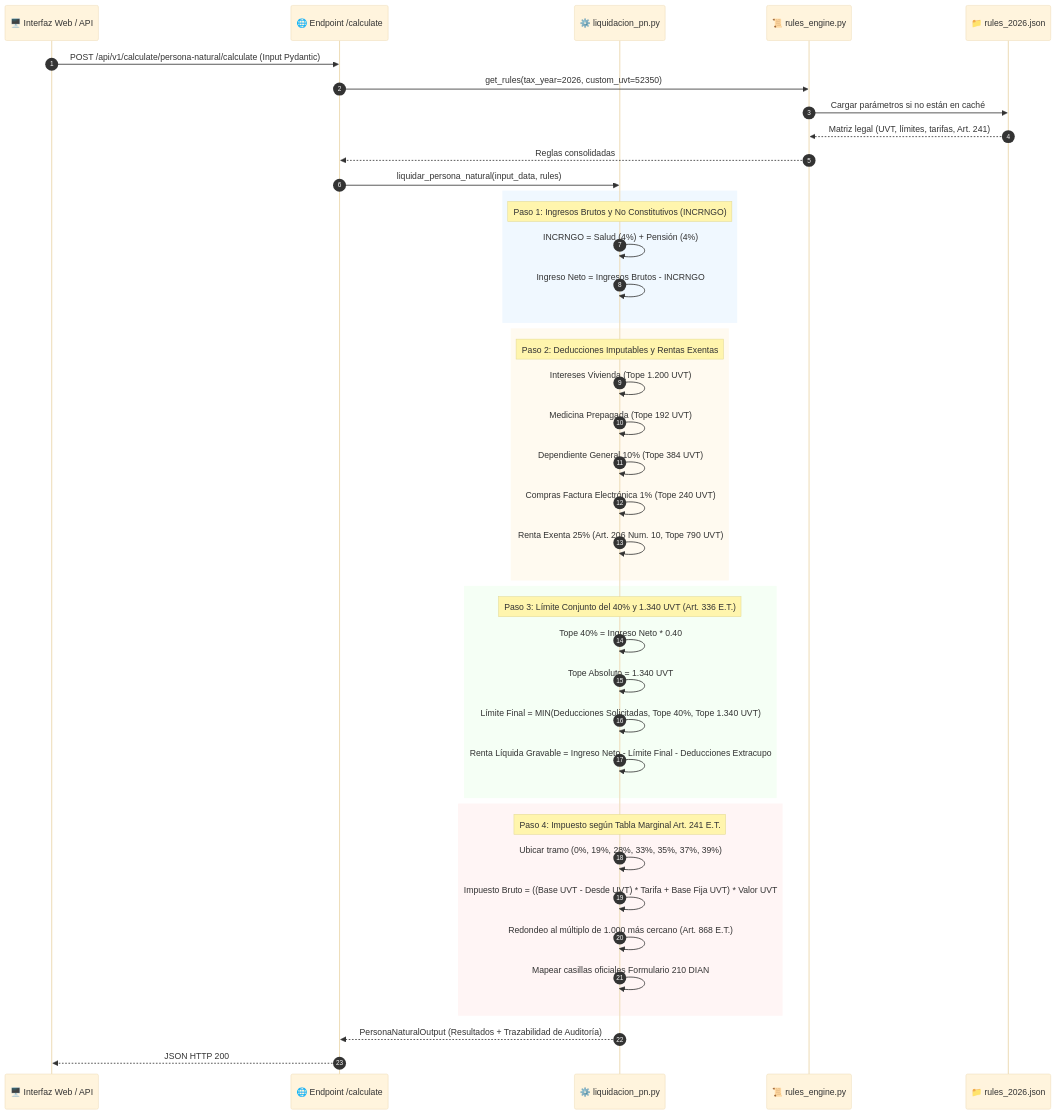
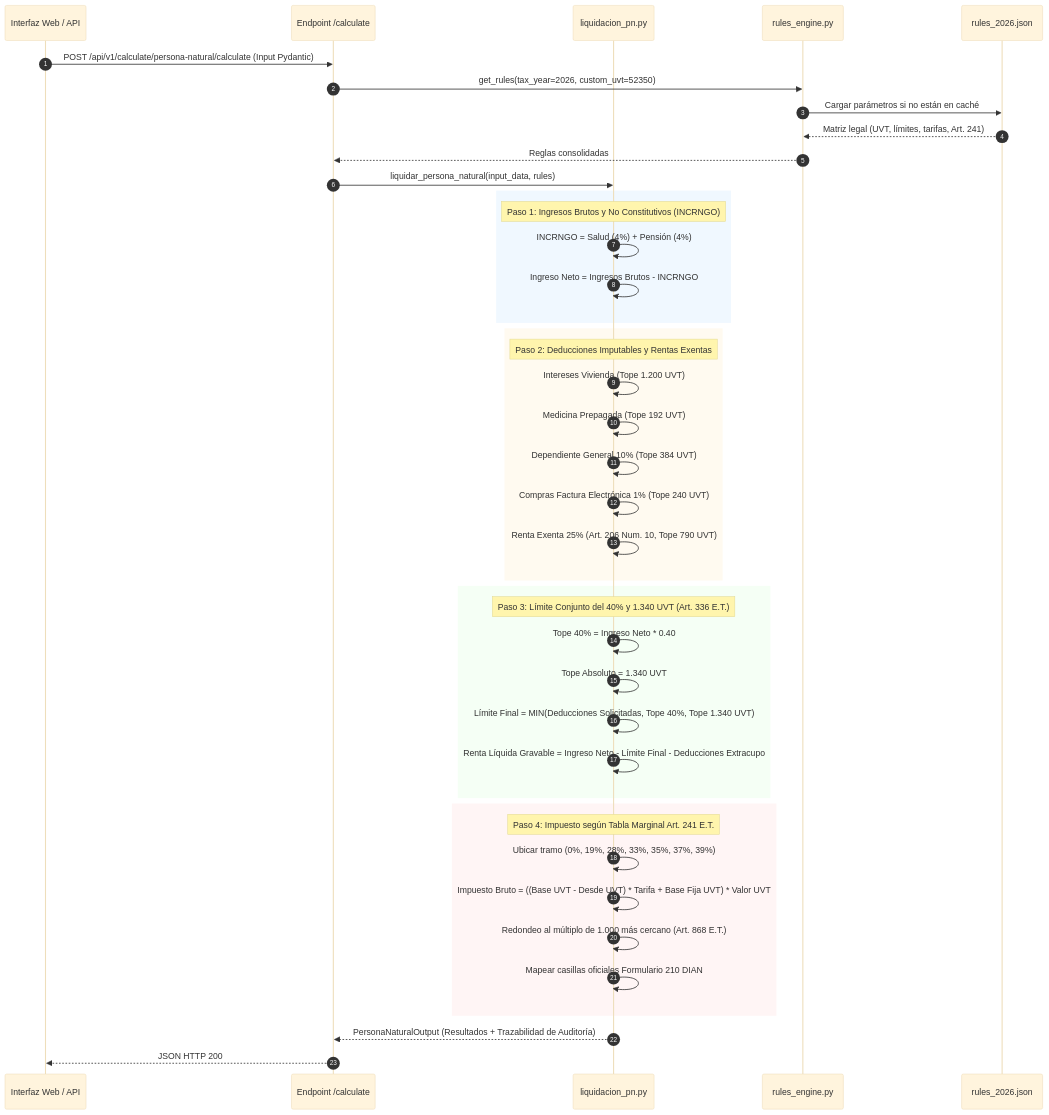
The diagram in docs/reference/architecture/sequence/seq-tax-calculation-pipeline.md (juansebashr/tribut-ia), drawn with Mermaid (base theme) before and after one commit. The commit also changed other lines of this file and 22 other files, not shown here.

````diff
--- a/docs/reference/architecture/sequence/seq-tax-calculation-pipeline.md
+++ b/docs/reference/architecture/sequence/seq-tax-calculation-pipeline.md
@@ -5,51 +5,51 @@
 ```mermaid
 sequenceDiagram
-    autonumber
-    participant UI as 🖥️ Interfaz Web / API
-    participant Endpoint as 🌐 Endpoint /calculate
-    participant Liquidator as ⚙️ liquidacion_pn.py
-    participant Rules as 📜 rules_engine.py
-    participant RulesJSON as 📁 rules_2026.json
+autonumber
+participant UI as Interfaz Web / API
+participant Endpoint as Endpoint /calculate
+participant Liquidator as liquidacion_pn.py
+participant Rules as rules_engine.py
+participant RulesJSON as rules_2026.json
 
-    UI->>Endpoint: POST /api/v1/calculate/persona-natural/calculate (Input Pydantic)
-    Endpoint->>Rules: get_rules(tax_year=2026, custom_uvt=52350)
-    Rules->>RulesJSON: Cargar parámetros si no están en caché
-    RulesJSON-->>Rules: Matriz legal (UVT, límites, tarifas, Art. 241)
-    Rules-->>Endpoint: Reglas consolidadas
+UI->>Endpoint: POST /api/v1/calculate/persona-natural/calculate (Input Pydantic)
+Endpoint->>Rules: get_rules(tax_year=2026, custom_uvt=52350)
+Rules->>RulesJSON: Cargar parámetros si no están en caché
+RulesJSON-->>Rules: Matriz legal (UVT, límites, tarifas, Art. 241)
+Rules-->>Endpoint: Reglas consolidadas
 
-    Endpoint->>Liquidator: liquidar_persona_natural(input_data, rules)
-    
-    rect rgb(240, 248, 255)
-        Note over Liquidator: Paso 1: Ingresos Brutos y No Constitutivos (INCRNGO)
-        Liquidator->>Liquidator: INCRNGO = Salud (4%) + Pensión (4%)
-        Liquidator->>Liquidator: Ingreso Neto = Ingresos Brutos - INCRNGO
-    end
+Endpoint->>Liquidator: liquidar_persona_natural(input_data, rules)
 
-    rect rgb(255, 250, 240)
-        Note over Liquidator: Paso 2: Deducciones Imputables y Rentas Exentas
-        Liquidator->>Liquidator: Intereses Vivienda (Tope 1.200 UVT)
-        Liquidator->>Liquidator: Medicina Prepagada (Tope 192 UVT)
-        Liquidator->>Liquidator: Dependiente General 10% (Tope 384 UVT)
-        Liquidator->>Liquidator: Compras Factura Electrónica 1% (Tope 240 UVT)
-        Liquidator->>Liquidator: Renta Exenta 25% (Art. 206 Num. 10, Tope 790 UVT)
-    end
+rect rgb(240, 248, 255)
+Note over Liquidator: Paso 1: Ingresos Brutos y No Constitutivos (INCRNGO)
+Liquidator->>Liquidator: INCRNGO = Salud (4%) + Pensión (4%)
+Liquidator->>Liquidator: Ingreso Neto = Ingresos Brutos - INCRNGO
+end
 
-    rect rgb(245, 255, 245)
-        Note over Liquidator: Paso 3: Límite Conjunto del 40% y 1.340 UVT (Art. 336 E.T.)
-        Liquidator->>Liquidator: Tope 40% = Ingreso Neto * 0.40
-        Liquidator->>Liquidator: Tope Absoluto = 1.340 UVT
-        Liquidator->>Liquidator: Límite Final = MIN(Deducciones Solicitadas, Tope 40%, Tope 1.340 UVT)
-        Liquidator->>Liquidator: Renta Líquida Gravable = Ingreso Neto - Límite Final - Deducciones Extracupo
-    end
+rect rgb(255, 250, 240)
+Note over Liquidator: Paso 2: Deducciones Imputables y Rentas Exentas
+Liquidator->>Liquidator: Intereses Vivienda (Tope 1.200 UVT)
+Liquidator->>Liquidator: Medicina Prepagada (Tope 192 UVT)
+Liquidator->>Liquidator: Dependiente General 10% (Tope 384 UVT)
+Liquidator->>Liquidator: Compras Factura Electrónica 1% (Tope 240 UVT)
+Liquidator->>Liquidator: Renta Exenta 25% (Art. 206 Num. 10, Tope 790 UVT)
+end
 
-    rect rgb(255, 245, 245)
-        Note over Liquidator: Paso 4: Impuesto según Tabla Marginal Art. 241 E.T.
-        Liquidator->>Liquidator: Ubicar tramo (0%, 19%, 28%, 33%, 35%, 37%, 39%)
-        Liquidator->>Liquidator: Impuesto Bruto = ((Base UVT - Desde UVT) * Tarifa + Base Fija UVT) * Valor UVT
-        Liquidator->>Liquidator: Redondeo al múltiplo de 1.000 más cercano (Art. 868 E.T.)
-        Liquidator->>Liquidator: Mapear casillas oficiales Formulario 210 DIAN
-    end
+rect rgb(245, 255, 245)
+Note over Liquidator: Paso 3: Límite Conjunto del 40% y 1.340 UVT (Art. 336 E.T.)
+Liquidator->>Liquidator: Tope 40% = Ingreso Neto * 0.40
+Liquidator->>Liquidator: Tope Absoluto = 1.340 UVT
+Liquidator->>Liquidator: Límite Final = MIN(Deducciones Solicitadas, Tope 40%, Tope 1.340 UVT)
+Liquidator->>Liquidator: Renta Líquida Gravable = Ingreso Neto - Límite Final - Deducciones Extracupo
+end
 
-    Liquidator-->>Endpoint: PersonaNaturalOutput (Resultados + Trazabilidad de Auditoría)
-    Endpoint-->>UI: JSON HTTP 200
+rect rgb(255, 245, 245)
+Note over Liquidator: Paso 4: Impuesto según Tabla Marginal Art. 241 E.T.
+Liquidator->>Liquidator: Ubicar tramo (0%, 19%, 28%, 33%, 35%, 37%, 39%)
+Liquidator->>Liquidator: Impuesto Bruto = ((Base UVT - Desde UVT) * Tarifa + Base Fija UVT) * Valor UVT
+Liquidator->>Liquidator: Redondeo al múltiplo de 1.000 más cercano (Art. 868 E.T.)
+Liquidator->>Liquidator: Mapear casillas oficiales Formulario 210 DIAN
+end
+
+Liquidator-->>Endpoint: PersonaNaturalOutput (Resultados + Trazabilidad de Auditoría)
+Endpoint-->>UI: JSON HTTP 200
 ```
````
